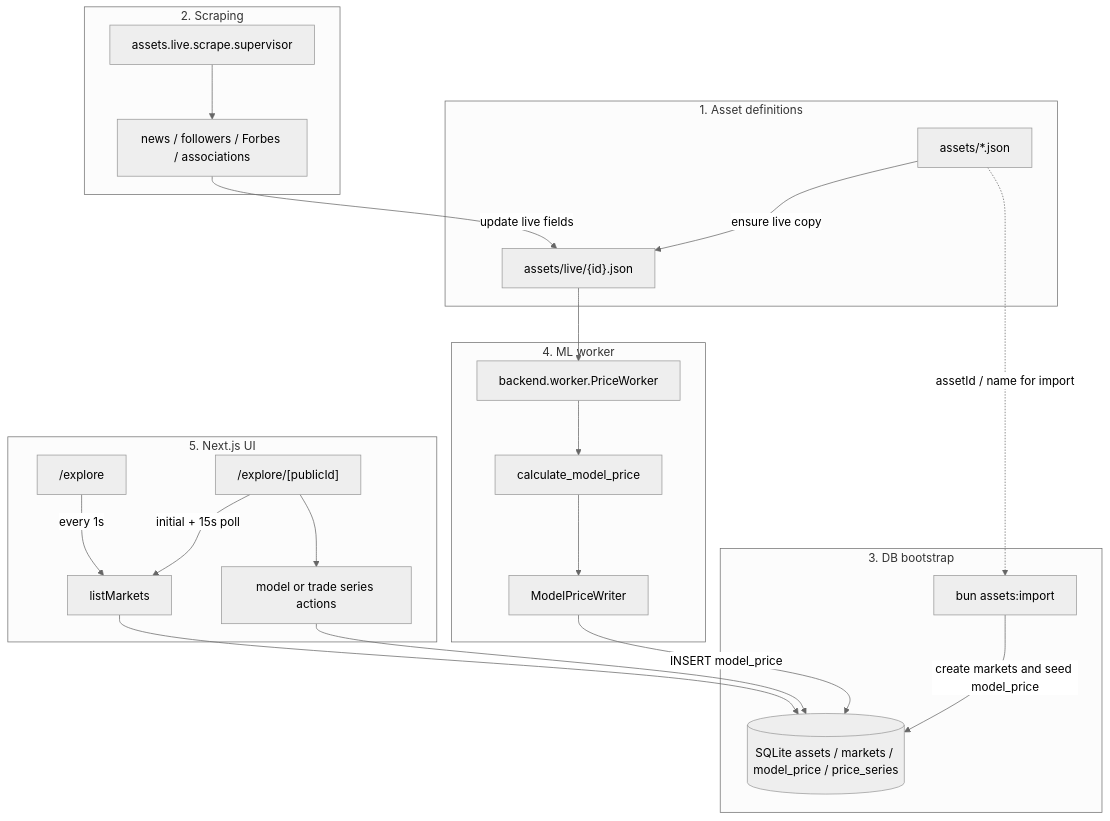
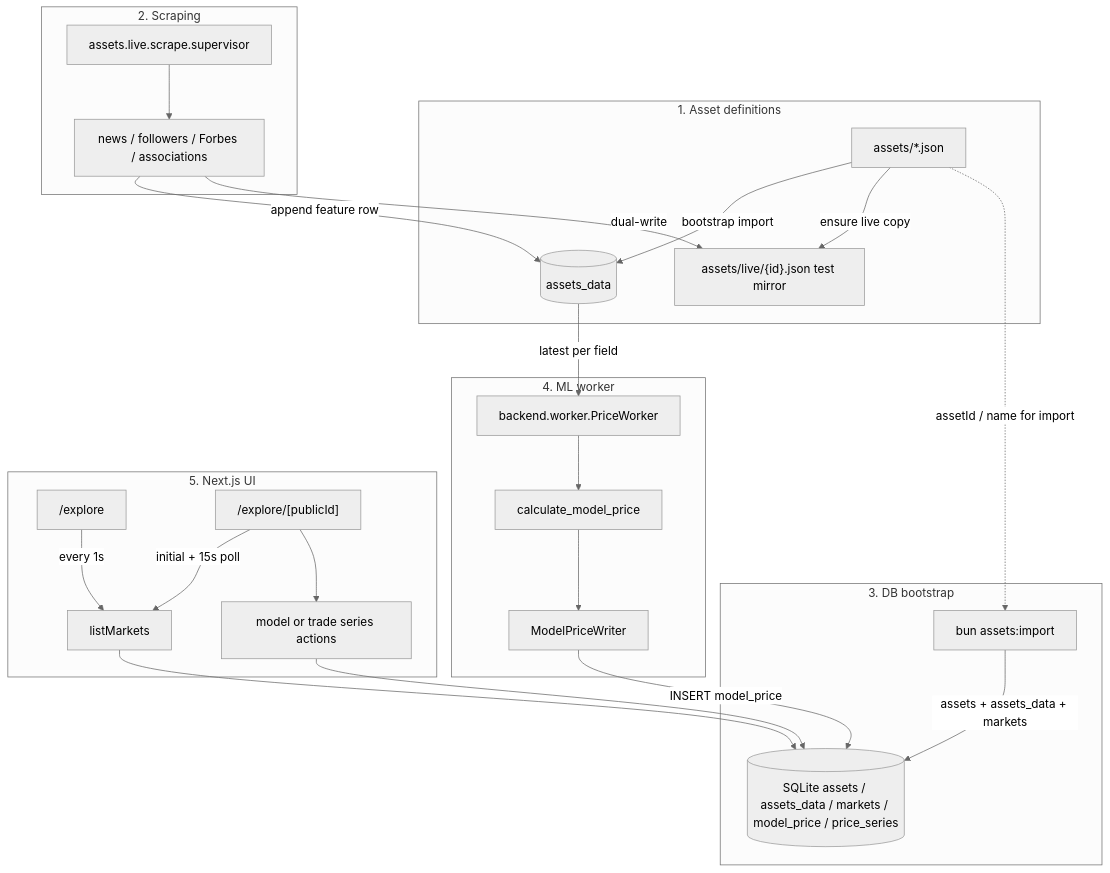
The diagram in notes/explore-data-flow-report.md (janbocchino/Bratva), drawn with Mermaid (neutral theme) before and after one commit. The commit also changed other lines of this file and 17 other files, not shown here.

````diff
--- a/notes/explore-data-flow-report.md
+++ b/notes/explore-data-flow-report.md
@@ -23,46 +23,48 @@
 ```mermaid
 flowchart TB
   subgraph Definitions["1. Asset definitions"]
     Canon["assets/*.json"]
-    LiveMirror["assets/live/{id}.json"]
+    LiveMirror["assets/live/{id}.json test mirror"]
+    Canon -->|"bootstrap import"| AssetsData[("assets_data")]
     Canon -->|"ensure live copy"| LiveMirror
   end
 
   subgraph Scrape["2. Scraping"]
     Sup["assets.live.scrape.supervisor"]
     Jobs["news / followers / Forbes / associations"]
     Sup --> Jobs
-    Jobs -->|"update live fields"| LiveMirror
+    Jobs -->|"append feature row"| AssetsData
+    Jobs -->|"dual-write"| LiveMirror
   end
 
   subgraph Boot["3. DB bootstrap"]
     Import["bun assets:import"]
-    SQLite[("SQLite assets / markets / model_price / price_series")]
-    Import -->|"create markets and seed model_price"| SQLite
+    SQLite[("SQLite assets / assets_data / markets / model_price / price_series")]
+    Import -->|"assets + assets_data + markets"| SQLite
   end
 
   subgraph ML["4. ML worker"]
     Worker["backend.worker.PriceWorker"]
     Infer["calculate_model_price"]
     Writer["ModelPriceWriter"]
     Worker --> Infer
     Infer --> Writer
     Writer -->|"INSERT model_price"| SQLite
   end
 
-  LiveMirror --> Worker
+  AssetsData -->|"latest per field"| Worker
 
   subgraph Next["5. Next.js UI"]
     ExploreIdx["/explore"]
     LM["listMarkets"]
     Detail["/explore/[publicId]"]
     Series["model or trade series actions"]
     ExploreIdx -->|"every 1s"| LM
     Detail -->|"initial + 15s poll"| LM
     Detail --> Series
     LM --> SQLite
     Series --> SQLite
   end
 
   Canon -.->|"assetId / name for import"| Import
 ```
````
